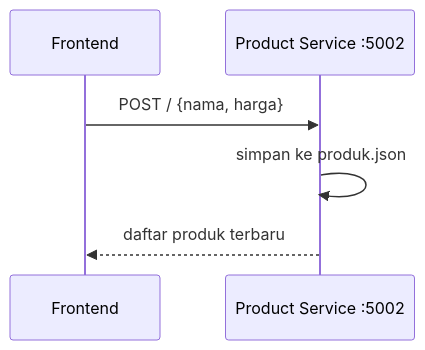
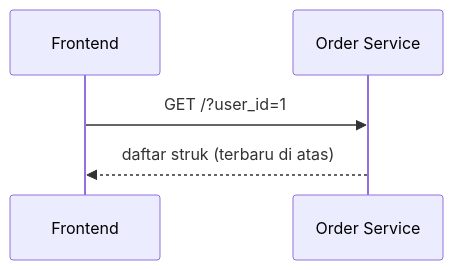
Before and after one commit to bijiapel139-zka/project-microservices: the fifth of 5 diagrams in web-microservice-native/docs/arsitektur.md, drawn with Mermaid. The commit also changed other lines of this file, not shown here.

First line of the commit message:
Revise architecture documentation for microservices

````diff
--- a/web-microservice-native/docs/arsitektur.md
+++ b/web-microservice-native/docs/arsitektur.md
@@ -72,8 +91,7 @@
 ```mermaid
 sequenceDiagram
     participant F as Frontend
-    participant P as Product Service :5002
-    F->>P: POST / {nama, harga}
-    P->>P: simpan ke produk.json
-    P-->>F: daftar produk terbaru
+    participant O as Order Service
+    F->>O: GET /?user_id=1
+    O-->>F: daftar struk (terbaru di atas)
 ```
````
